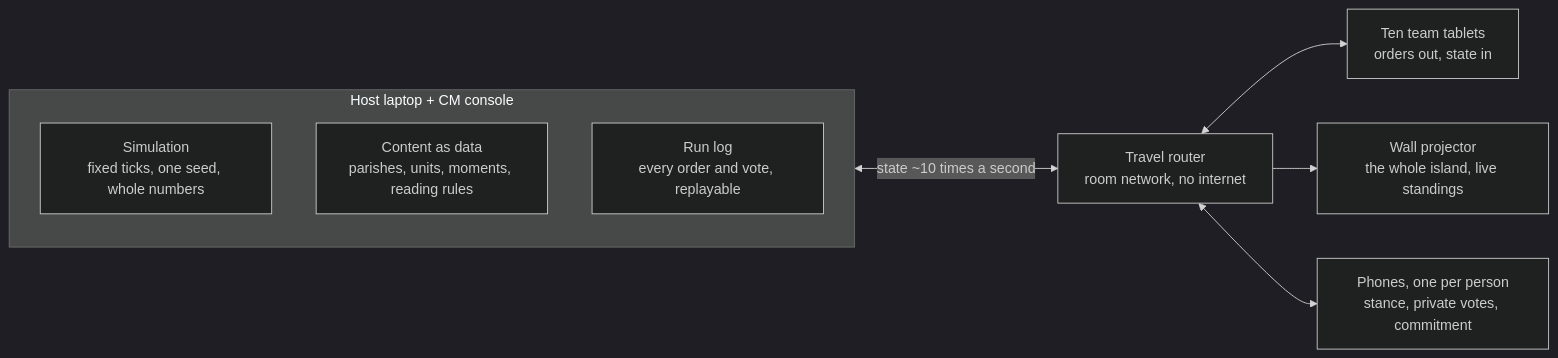
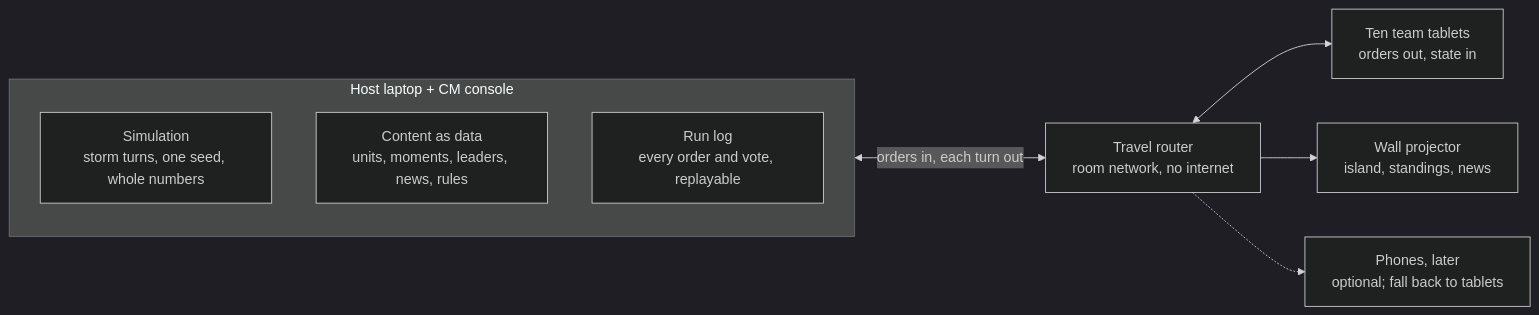
The second of 2 diagrams in CrucibleDocumentInventory/design-2026-10-21-rts-godot.md (Jerrymwolf/CrucibleEngine), drawn with Mermaid (dark theme) before and after one commit. The commit also changed other lines of this file, not shown here.

````diff
--- a/CrucibleDocumentInventory/design-2026-10-21-rts-godot.md
+++ b/CrucibleDocumentInventory/design-2026-10-21-rts-godot.md
@@ -338,12 +372,12 @@
 ```mermaid
 flowchart LR
   subgraph H[Host laptop + CM console]
-    S[Simulation<br/>fixed ticks, one seed, whole numbers]
-    K[Content as data<br/>parishes, units, moments, reading rules]
+    S[Simulation<br/>storm turns, one seed, whole numbers]
+    K[Content as data<br/>units, moments, leaders, news, rules]
     L[Run log<br/>every order and vote, replayable]
   end
-  H <-->|state ~10 times a second| R[Travel router<br/>room network, no internet]
+  H <-->|orders in, each turn out| R[Travel router<br/>room network, no internet]
   R <--> T[Ten team tablets<br/>orders out, state in]
-  R --> W[Wall projector<br/>the whole island, live standings]
-  R <--> Ph[Phones, one per person<br/>stance, private votes, commitment]
+  R --> W[Wall projector<br/>island, standings, news]
+  R -.-> Ph[Phones, later<br/>optional; fall back to tablets]
 ```
````
